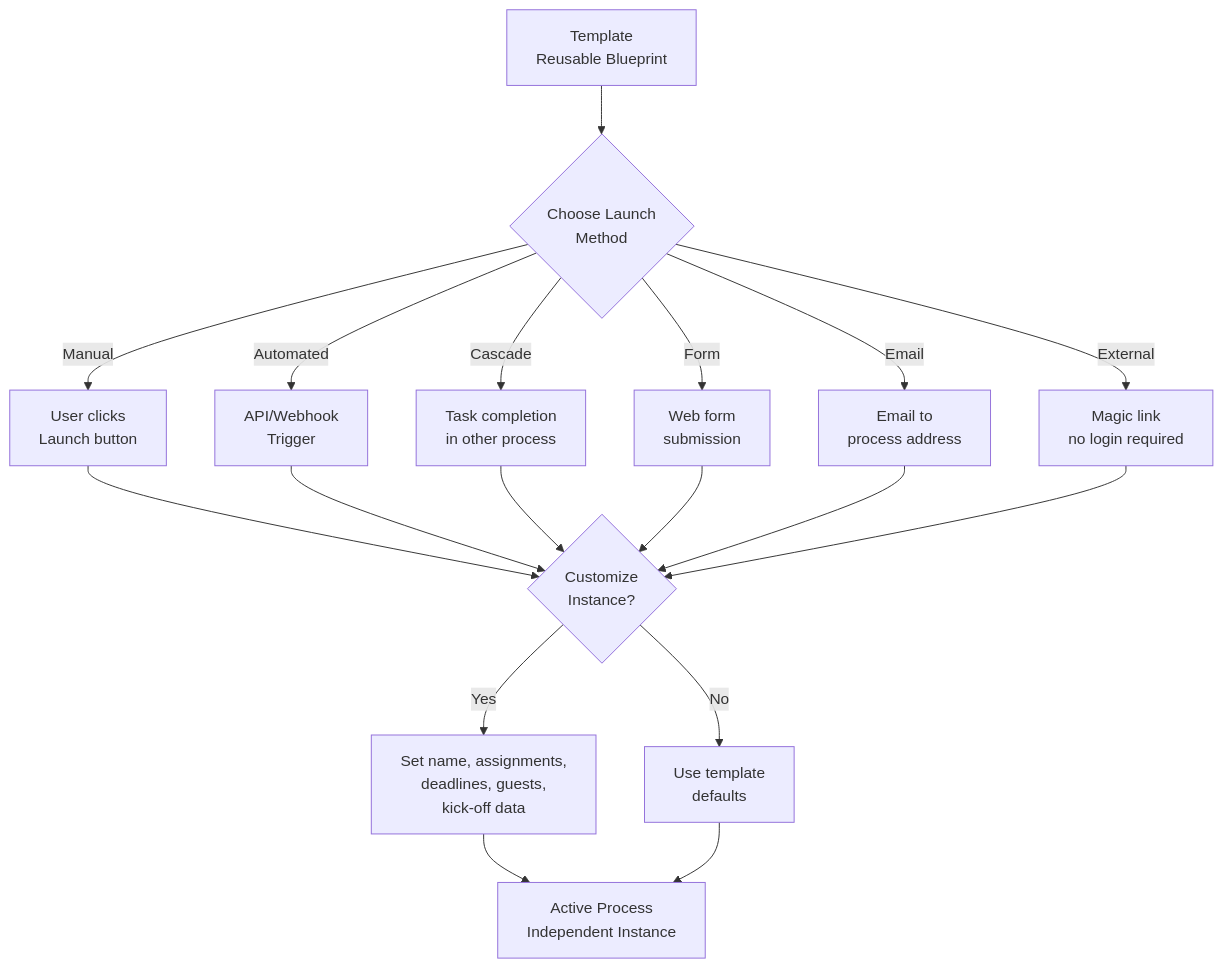
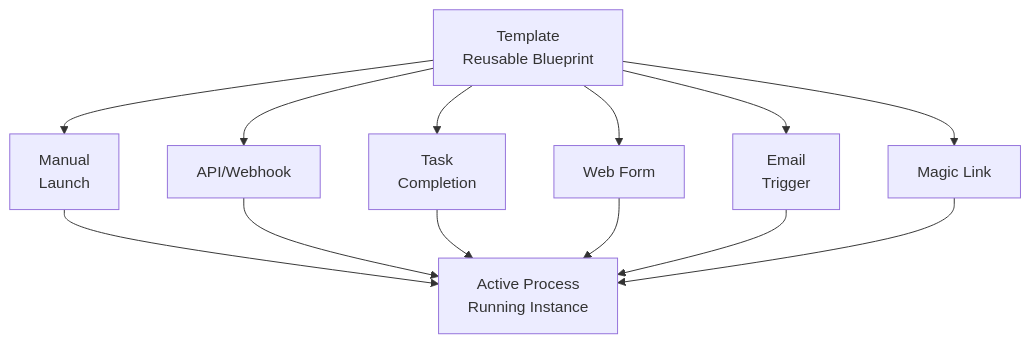
One commit to tallyfy/documentation changed the diagram in src/content/docs/pro/launching/index.mdx. Above: the diagram before and after it, drawn with Mermaid.

Commit message:
Simplify launching diagram for better readability
- Reduced complexity from 3-tier to 2-tier structure
- Removed intermediate 'Customize' decision node
- Cleaner, more direct flow from Template to Process
- Better readability on all screen sizes

````diff
--- a/src/content/docs/pro/launching/index.mdx
+++ b/src/content/docs/pro/launching/index.mdx
@@ -56,32 +56,27 @@
 ```mermaid
 flowchart TD
-    Template[Template<br/>Reusable Blueprint] --> Launch{Choose Launch<br/>Method}
+    Template[Template<br/>Reusable Blueprint]
     
-    Launch -->|Manual| Manual[User clicks<br/>Launch button]
-    Launch -->|Automated| API[API/Webhook<br/>Trigger]
-    Launch -->|Cascade| Cascade[Task completion<br/>in other process]
-    Launch -->|Form| WebForm[Web form<br/>submission]
-    Launch -->|Email| Email[Email to<br/>process address]
-    Launch -->|External| Magic[Magic link<br/>no login required]
+    Template --> Manual[Manual<br/>Launch]
+    Template --> API[API/Webhook]
+    Template --> Cascade[Task<br/>Completion]
+    Template --> WebForm[Web Form]
+    Template --> Email[Email<br/>Trigger]
+    Template --> Magic[Magic Link]
     
-    Manual --> Customize{Customize<br/>Instance?}
-    API --> Customize
-    Cascade --> Customize
-    WebForm --> Customize
-    Email --> Customize
-    Magic --> Customize
+    Manual --> Process
+    API --> Process
+    Cascade --> Process
+    WebForm --> Process
+    Email --> Process
+    Magic --> Process
     
-    Customize -->|Yes| Custom[Set name, assignments,<br/>deadlines, guests,<br/>kick-off data]
-    Customize -->|No| Default[Use template<br/>defaults]
-    
-    Custom --> Process[Active Process<br/>Independent Instance]
-    Default --> Process
-    
+    Process[Active Process<br/>Running Instance]
     
     click Manual "/products/pro/launching/how-can-i-launch-a-process-in-tallyfy/" "Manual launching guide"
     click Template "/products/pro/documenting/templates/" "Templates overview"
     click Process "/products/pro/tracking-and-tasks/processes/" "Processes overview"
     click API "/products/pro/integrations/open-api/" "API documentation"
     click WebForm "/products/pro/launching/launch-triggers/form-submission/" "Form triggers"
     click Email "/products/pro/launching/launch-triggers/email-triggers/" "Email triggers"
 ```
````
